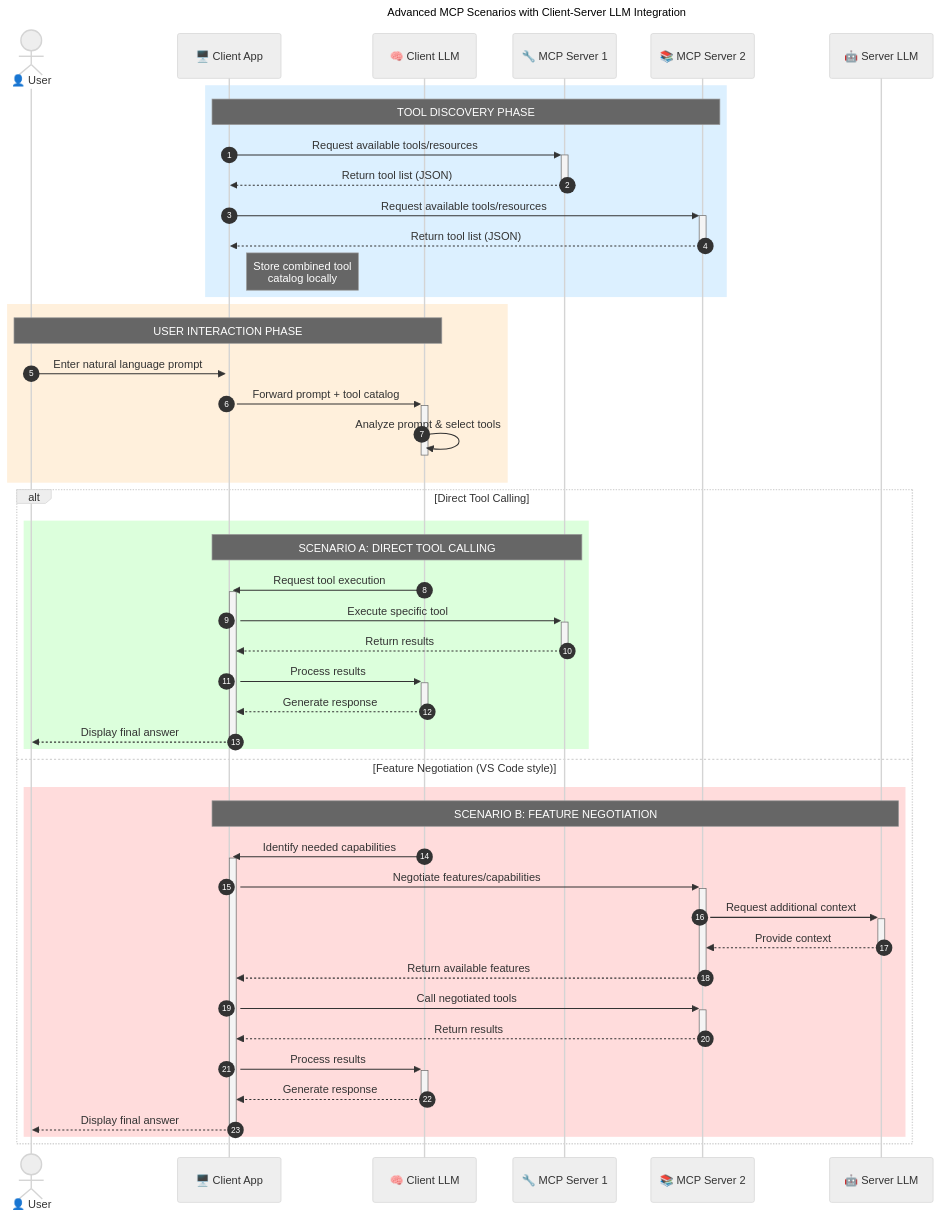
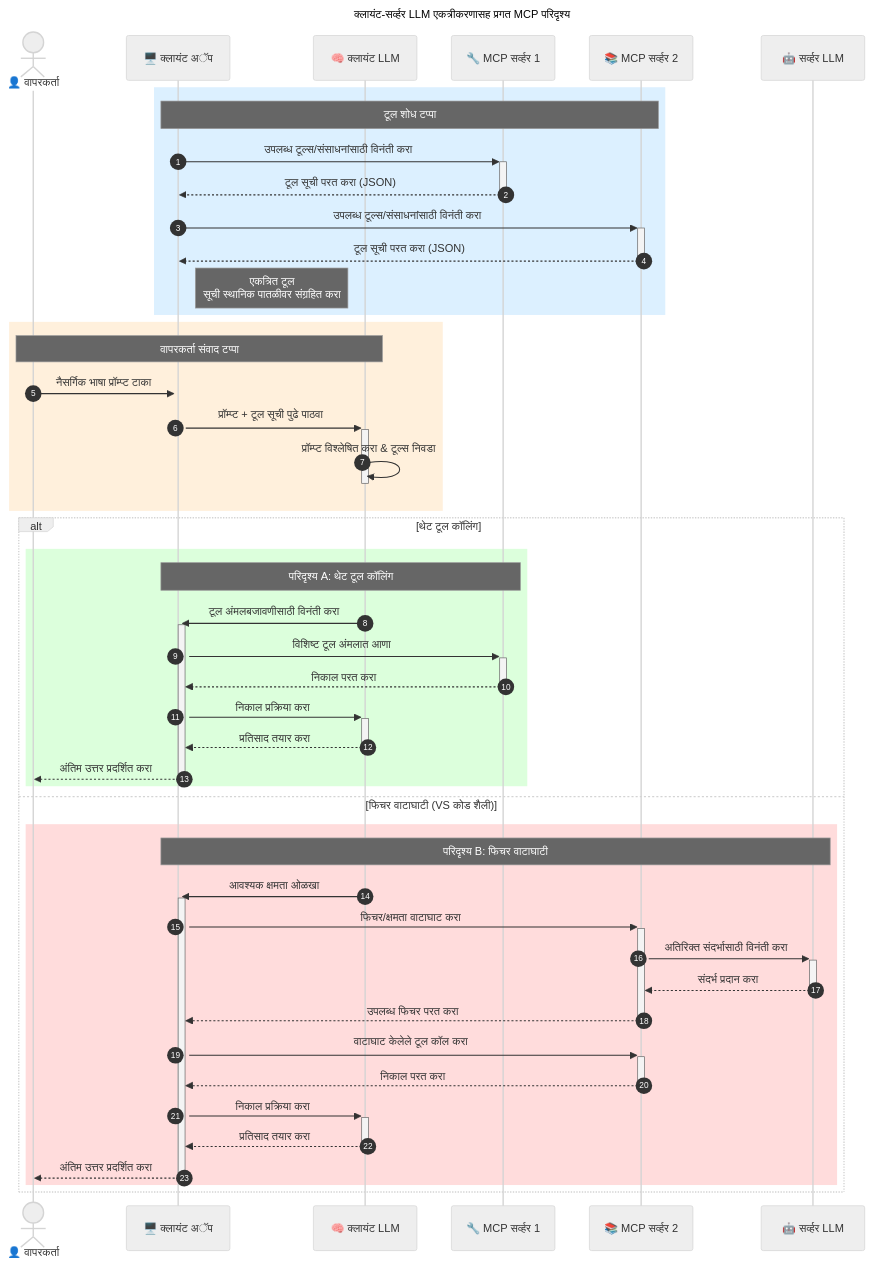
One commit to Mu-L/mcp-for-beginners changed the third of 3 diagrams in translations/mr/00-Introduction/README.md. Above: the diagram before and after it, drawn with Mermaid (neutral theme). The commit also changed other lines of this file and 110 other files, not shown here.

````diff
--- a/translations/mr/00-Introduction/README.md
+++ b/translations/mr/00-Introduction/README.md
@@ -219,61 +228,61 @@
 ```mermaid
 ---
-title: Advanced MCP Scenarios with Client-Server LLM Integration
-description: A sequence diagram showing the detailed interaction flow between user, client application, client LLM, multiple MCP servers, and server LLM, illustrating tool discovery, user interaction, direct tool calling, and feature negotiation phases
+title: क्लायंट-सर्व्हर LLM एकत्रीकरणासह प्रगत MCP परिदृश्य
+description: वापरकर्ता, क्लायंट अॅप्लिकेशन, क्लायंट LLM, अनेक MCP सर्व्हर आणि सर्व्हर LLM यांच्यातील सविस्तर संवाद प्रवाह दर्शवणारा अनुक्रम आरेख, ज्यात टूल शोध, वापरकर्ता संवाद, थेट टूल कॉलिंग आणि फिचर वाटाघाटीचे टप्पे दाखवले आहेत
 ---
 sequenceDiagram
     autonumber
-    actor User as 👤 User
-    participant ClientApp as 🖥️ Client App
-    participant ClientLLM as 🧠 Client LLM
-    participant Server1 as 🔧 MCP Server 1
-    participant Server2 as 📚 MCP Server 2
-    participant ServerLLM as 🤖 Server LLM
+    actor User as 👤 वापरकर्ता
+    participant ClientApp as 🖥️ क्लायंट अॅप
+    participant ClientLLM as 🧠 क्लायंट LLM
+    participant Server1 as 🔧 MCP सर्व्हर 1
+    participant Server2 as 📚 MCP सर्व्हर 2
+    participant ServerLLM as 🤖 सर्व्हर LLM
     
     %% Discovery Phase
     rect rgb(220, 240, 255)
-        Note over ClientApp, Server2: TOOL DISCOVERY PHASE
-        ClientApp->>+Server1: Request available tools/resources
-        Server1-->>-ClientApp: Return tool list (JSON)
-        ClientApp->>+Server2: Request available tools/resources
-        Server2-->>-ClientApp: Return tool list (JSON)
-        Note right of ClientApp: Store combined tool<br/>catalog locally
+        Note over ClientApp, Server2: टूल शोध टप्पा
+        ClientApp->>+Server1: उपलब्ध टूल्स/संसाधनांसाठी विनंती करा
+        Server1-->>-ClientApp: टूल सूची परत करा (JSON)
+        ClientApp->>+Server2: उपलब्ध टूल्स/संसाधनांसाठी विनंती करा
+        Server2-->>-ClientApp: टूल सूची परत करा (JSON)
+        Note right of ClientApp: एकत्रित टूल<br/>सूची स्थानिक पातळीवर संग्रहित करा
     end
     
     %% User Interaction
     rect rgb(255, 240, 220)
-        Note over User, ClientLLM: USER INTERACTION PHASE
-        User->>+ClientApp: Enter natural language prompt
-        ClientApp->>+ClientLLM: Forward prompt + tool catalog
-        ClientLLM->>-ClientLLM: Analyze prompt & select tools
+        Note over User, ClientLLM: वापरकर्ता संवाद टप्पा
+        User->>+ClientApp: नैसर्गिक भाषा प्रॉम्प्ट टाका
+        ClientApp->>+ClientLLM: प्रॉम्प्ट + टूल सूची पुढे पाठवा
+        ClientLLM->>-ClientLLM: प्रॉम्प्ट विश्लेषित करा & टूल्स निवडा
     end
     
     %% Scenario A: Direct Tool Calling
-    alt Direct Tool Calling
+    alt थेट टूल कॉलिंग
         rect rgb(220, 255, 220)
-            Note over ClientApp, Server1: SCENARIO A: DIRECT TOOL CALLING
-            ClientLLM->>+ClientApp: Request tool execution
-            ClientApp->>+Server1: Execute specific tool
-            Server1-->>-ClientApp: Return results
-            ClientApp->>+ClientLLM: Process results
-            ClientLLM-->>-ClientApp: Generate response
-            ClientApp-->>-User: Display final answer
+            Note over ClientApp, Server1: परिदृश्य A: थेट टूल कॉलिंग
+            ClientLLM->>+ClientApp: टूल अंमलबजावणीसाठी विनंती करा
+            ClientApp->>+Server1: विशिष्ट टूल अंमलात आणा
+            Server1-->>-ClientApp: निकाल परत करा
+            ClientApp->>+ClientLLM: निकाल प्रक्रिया करा
+            ClientLLM-->>-ClientApp: प्रतिसाद तयार करा
+            ClientApp-->>-User: अंतिम उत्तर प्रदर्शित करा
         end
     
     %% Scenario B: Feature Negotiation (VS Code style)
-    else Feature Negotiation (VS Code style)
+    else फिचर वाटाघाटी (VS कोड शैली)
         rect rgb(255, 220, 220)
-            Note over ClientApp, ServerLLM: SCENARIO B: FEATURE NEGOTIATION
-            ClientLLM->>+ClientApp: Identify needed capabilities
-            ClientApp->>+Server2: Negotiate features/capabilities
-            Server2->>+ServerLLM: Request additional context
-            ServerLLM-->>-Server2: Provide context
-            Server2-->>-ClientApp: Return available features
-            ClientApp->>+Server2: Call negotiated tools
-            Server2-->>-ClientApp: Return results
-            ClientApp->>+ClientLLM: Process results
-            ClientLLM-->>-ClientApp: Generate response
-            ClientApp-->>-User: Display final answer
+            Note over ClientApp, ServerLLM: परिदृश्य B: फिचर वाटाघाटी
+            ClientLLM->>+ClientApp: आवश्यक क्षमता ओळखा
+            ClientApp->>+Server2: फिचर/क्षमता वाटाघाट करा
+            Server2->>+ServerLLM: अतिरिक्त संदर्भासाठी विनंती करा
+            ServerLLM-->>-Server2: संदर्भ प्रदान करा
+            Server2-->>-ClientApp: उपलब्ध फिचर परत करा
+            ClientApp->>+Server2: वाटाघाट केलेले टूल कॉल करा
+            Server2-->>-ClientApp: निकाल परत करा
+            ClientApp->>+ClientLLM: निकाल प्रक्रिया करा
+            ClientLLM-->>-ClientApp: प्रतिसाद तयार करा
+            ClientApp-->>-User: अंतिम उत्तर प्रदर्शित करा
         end
     end
 ```
````
